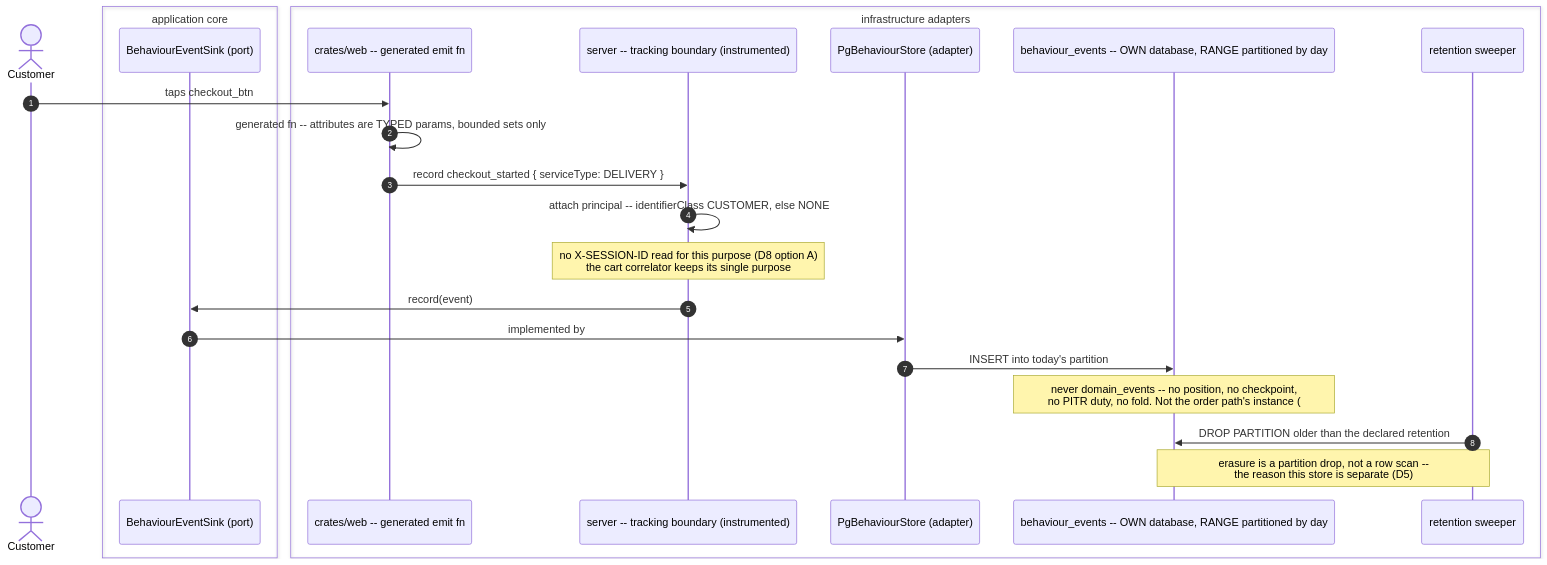
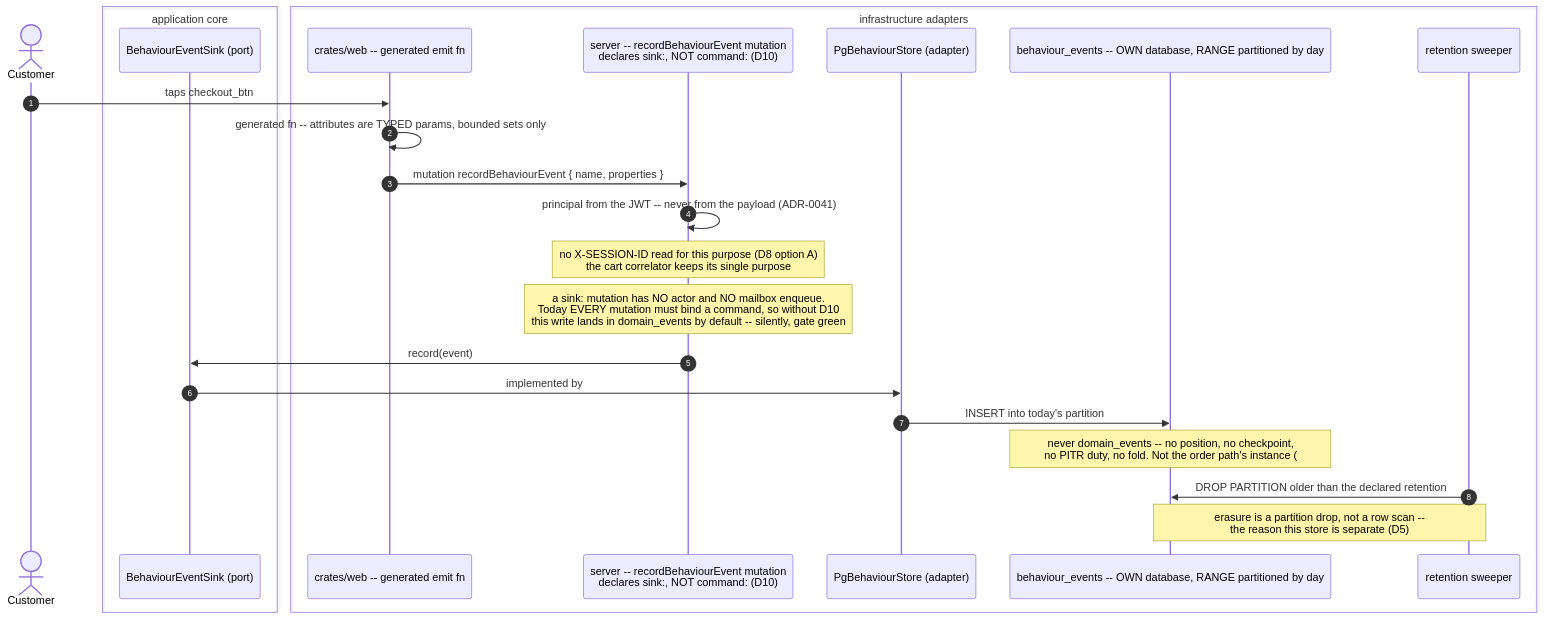
Before and after one commit to TheCaptainCompany/captain-food: the second of 4 diagrams in docs/proposals/PROP-20260811-000946-behaviour-event-tracking-in-the-screens-spec.md, drawn with Mermaid. The commit also changed other lines of this file and 4 other files, not shown here.

````diff
--- a/docs/proposals/PROP-20260811-000946-behaviour-event-tracking-in-the-screens-spec.md
+++ b/docs/proposals/PROP-20260811-000946-behaviour-event-tracking-in-the-screens-spec.md
@@ -504,27 +542,28 @@
 ```mermaid
 sequenceDiagram
     autonumber
     actor C as Customer
     box application core
     participant Port as BehaviourEventSink (port)
     end
     box infrastructure adapters
     participant Web as crates/web -- generated emit fn
-    participant BFF as server -- tracking boundary (instrumented)
+    participant BFF as server -- recordBehaviourEvent mutation<br/>declares sink:, NOT command: (D10)
     participant Ad as PgBehaviourStore (adapter)
     participant DB as behaviour_events -- OWN database, RANGE partitioned by day
     participant Sweep as retention sweeper
     end
 
     C->>Web: taps checkout_btn
     Web->>Web: generated fn -- attributes are TYPED params, bounded sets only
-    Web->>BFF: record checkout_started { serviceType: DELIVERY }
-    BFF->>BFF: attach principal -- identifierClass CUSTOMER, else NONE
+    Web->>BFF: mutation recordBehaviourEvent { name, properties }
+    BFF->>BFF: principal from the JWT -- never from the payload (ADR-0041)
     Note over BFF: no X-SESSION-ID read for this purpose (D8 option A)<br/>the cart correlator keeps its single purpose
+    Note over BFF: a sink: mutation has NO actor and NO mailbox enqueue.<br/>Today EVERY mutation must bind a command, so without D10<br/>this write lands in domain_events by default -- silently, gate green
     BFF->>Port: record(event)
     Port->>Ad: implemented by
     Ad->>DB: INSERT into today's partition
     Note over DB: never domain_events -- no position, no checkpoint,<br/>no PITR duty, no fold. Not the order path's instance (#443)
     Sweep->>DB: DROP PARTITION older than the declared retention
     Note over Sweep,DB: erasure is a partition drop, not a row scan --<br/>the reason this store is separate (D5)
 ```
````
